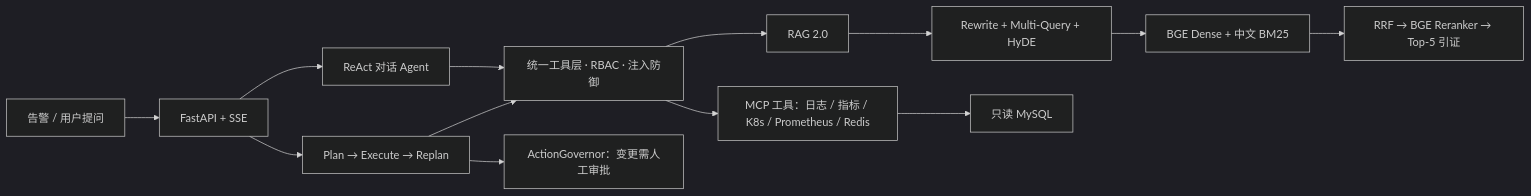
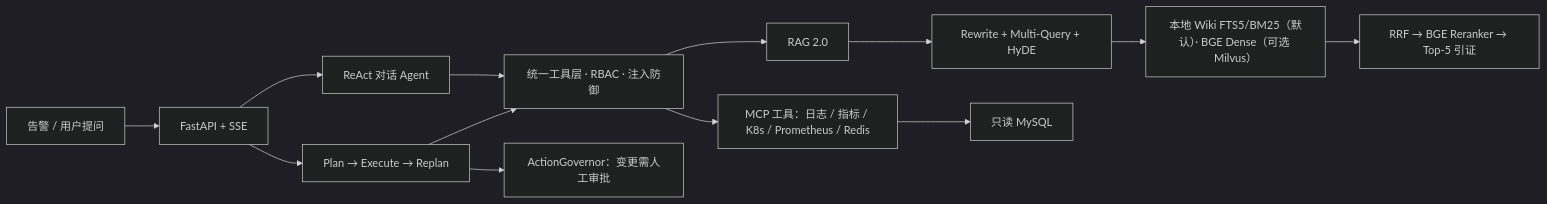
Before and after one commit to linhongyu510/aiops-copilot: the diagram in README.md, drawn with Mermaid (dark theme). The commit also changed other lines of this file and 24 other files, not shown here.

First line of the commit message:
feat(retrieval): 默认 local_wiki 后端，Milvus 改为显式可选

````diff
--- a/README.md
+++ b/README.md
@@ -62,15 +62,15 @@
 ```mermaid
 flowchart LR
     U["告警 / 用户提问"] --> API["FastAPI + SSE"]
     API --> C["ReAct 对话 Agent"]
     API --> P["Plan → Execute → Replan"]
     C --> T["统一工具层 · RBAC · 注入防御"]
     P --> T
     T --> R["RAG 2.0"]
     R --> H["Rewrite + Multi-Query + HyDE"]
-    H --> V["BGE Dense + 中文 BM25"]
+    H --> V["本地 Wiki FTS5/BM25（默认）· BGE Dense（可选 Milvus）"]
     V --> F["RRF → BGE Reranker → Top-5 引证"]
     T --> M["MCP 工具：日志 / 指标 / K8s / Prometheus / Redis"]
     M --> DB["只读 MySQL"]
     P --> G["ActionGovernor：变更需人工审批"]
 ```
````
